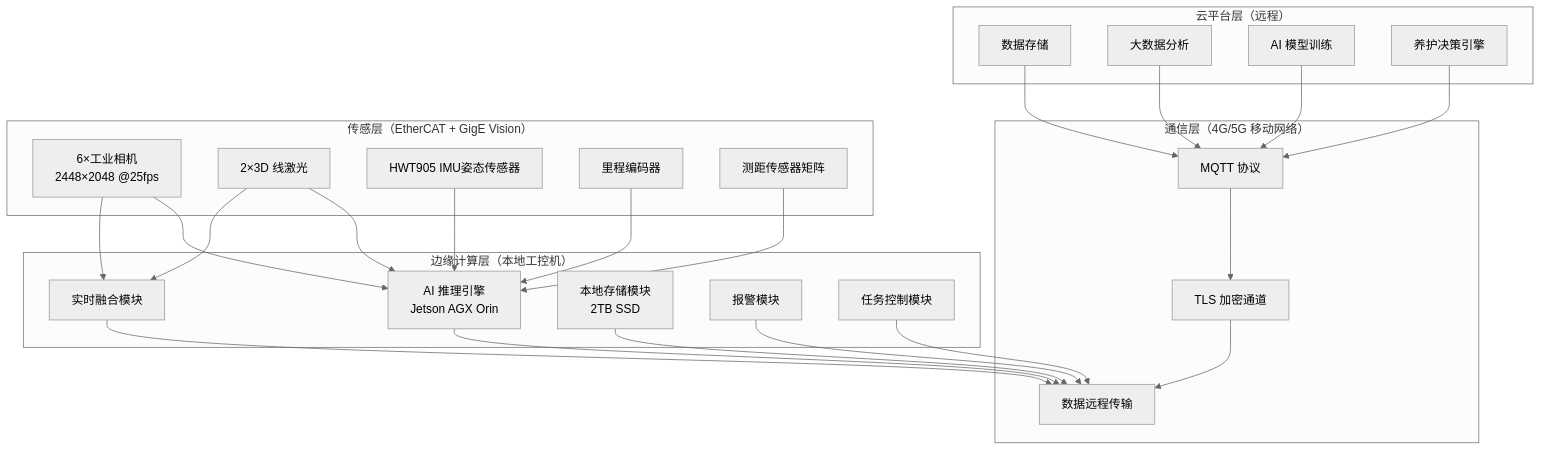
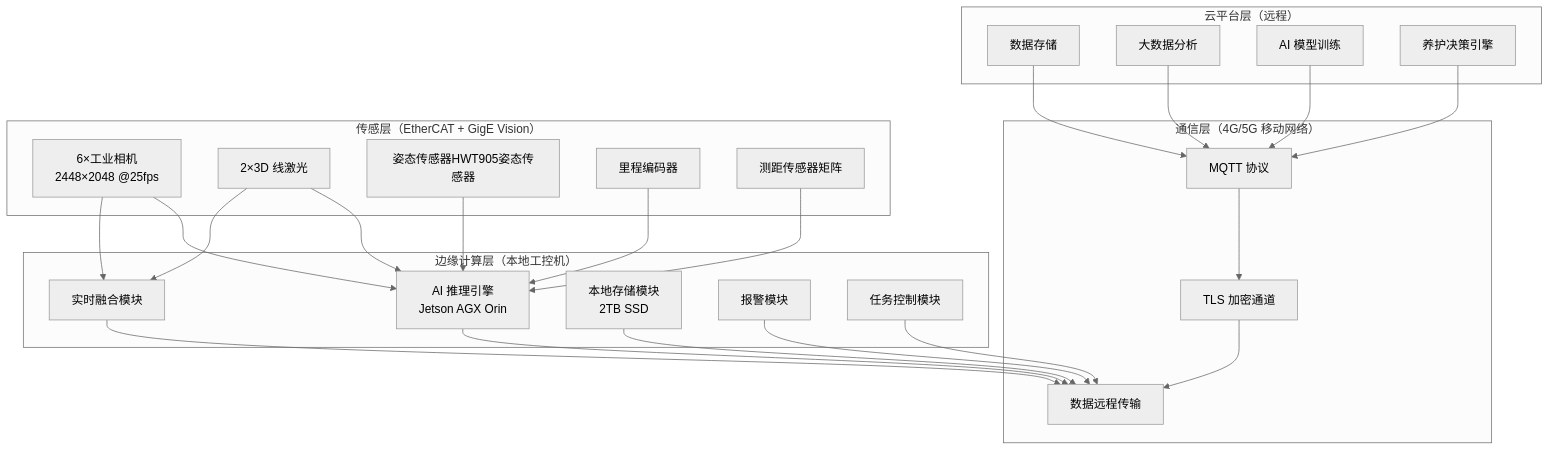
The first of 11 diagrams in 铁路线路智能综合检测机器人/技术文档章节拆分_20260417_0116/铁路线路智能综合检测机器人_技术文档_V3.0_第04章_软件与AI算法架构_20260306_20260417_0116.md (gao66683366-lab/workspace), drawn with Mermaid (neutral theme) before and after one commit. The commit also changed other lines of this file and 13 other files, not shown here.

Commit message:
fix(all chapters): HWT905→姿态传感器HWT905全面替换；清除最后1处双陀螺仪残留描述；第2/3/4/6/7/10/11章Word更新

````diff
--- a/铁路线路智能综合检测机器人/技术文档章节拆分_20260417_0116/铁路线路智能综合检测机器人_技术文档_V3.0_第04章_软件与AI算法架构_20260306_20260417_0116.md
+++ b/铁路线路智能综合检测机器人/技术文档章节拆分_20260417_0116/铁路线路智能综合检测机器人_技术文档_V3.0_第04章_软件与AI算法架构_20260306_20260417_0116.md
@@ -9,37 +9,37 @@
 ```mermaid
 graph TB
     subgraph 云平台层["云平台层（远程）"]
         A1["数据存储"]
         A2["大数据分析"]
         A3["AI 模型训练"]
         A4["养护决策引擎"]
     end
 
     subgraph 通信层["通信层（4G/5G 移动网络）"]
         B1["MQTT 协议"]
         B2["TLS 加密通道"]
         B3["数据远程传输"]
     end
 
     subgraph 边缘计算层["边缘计算层（本地工控机）"]
         C1["AI 推理引擎<br/>Jetson AGX Orin"]
         C2["实时融合模块"]
         C3["本地存储模块<br/>2TB SSD"]
         C4["报警模块"]
         C5["任务控制模块"]
     end
 
     subgraph 采集层["传感层（EtherCAT + GigE Vision）"]
         D1["6×工业相机<br/>2448×2048 @25fps"]
         D2["2×3D 线激光"]
-        D3["HWT905 IMU姿态传感器"]
+        D3["姿态传感器HWT905姿态传感器"]
         D4["里程编码器"]
         D5["测距传感器矩阵"]
     end
 
     A1 & A2 & A3 & A4 --> B1
     B1 --> B2 --> B3
     C1 & C2 & C3 & C4 & C5 --> B3
     D1 & D2 & D3 & D4 & D5 --> C1
     D1 & D2 --> C2
 ```
````
